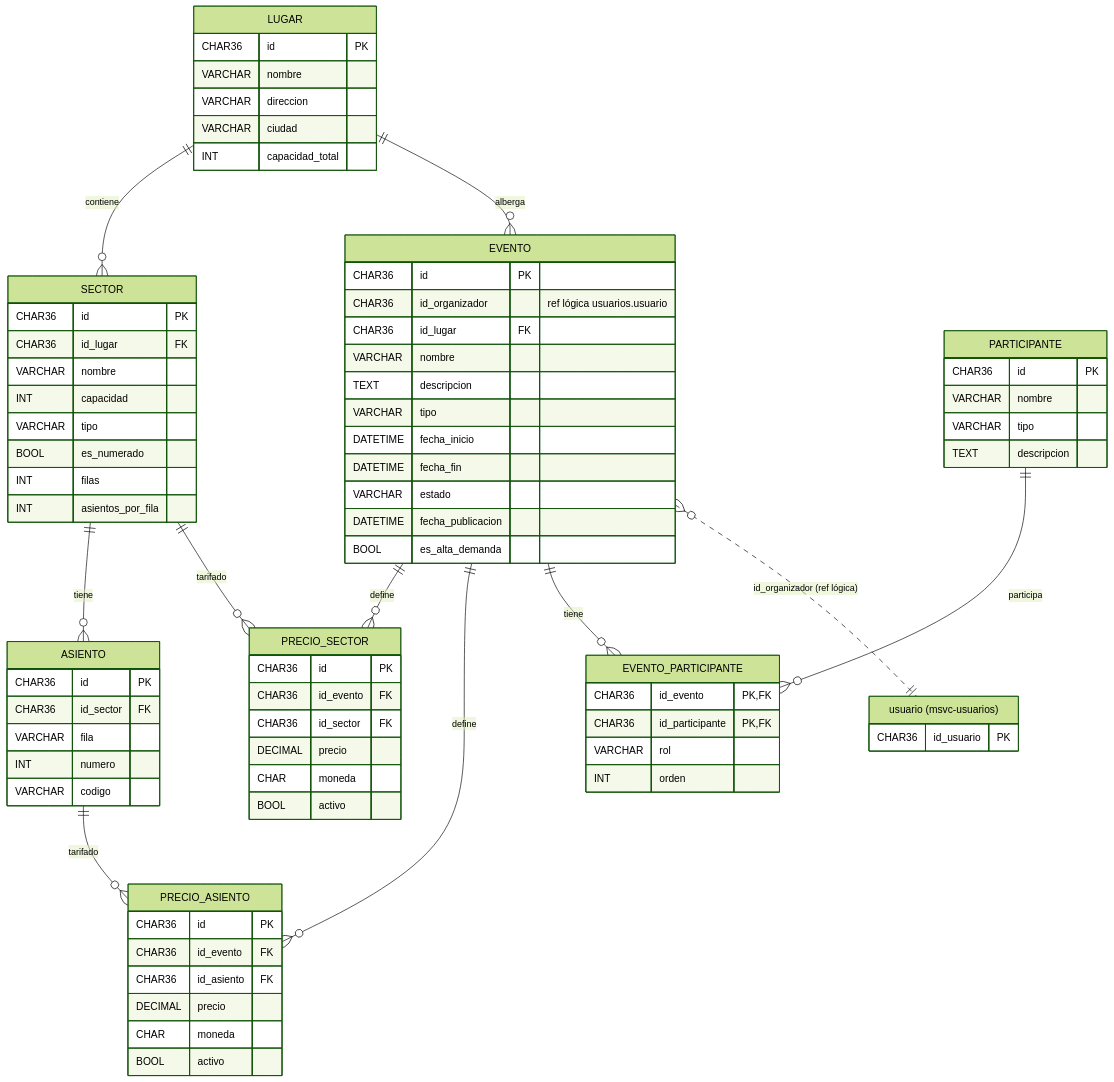
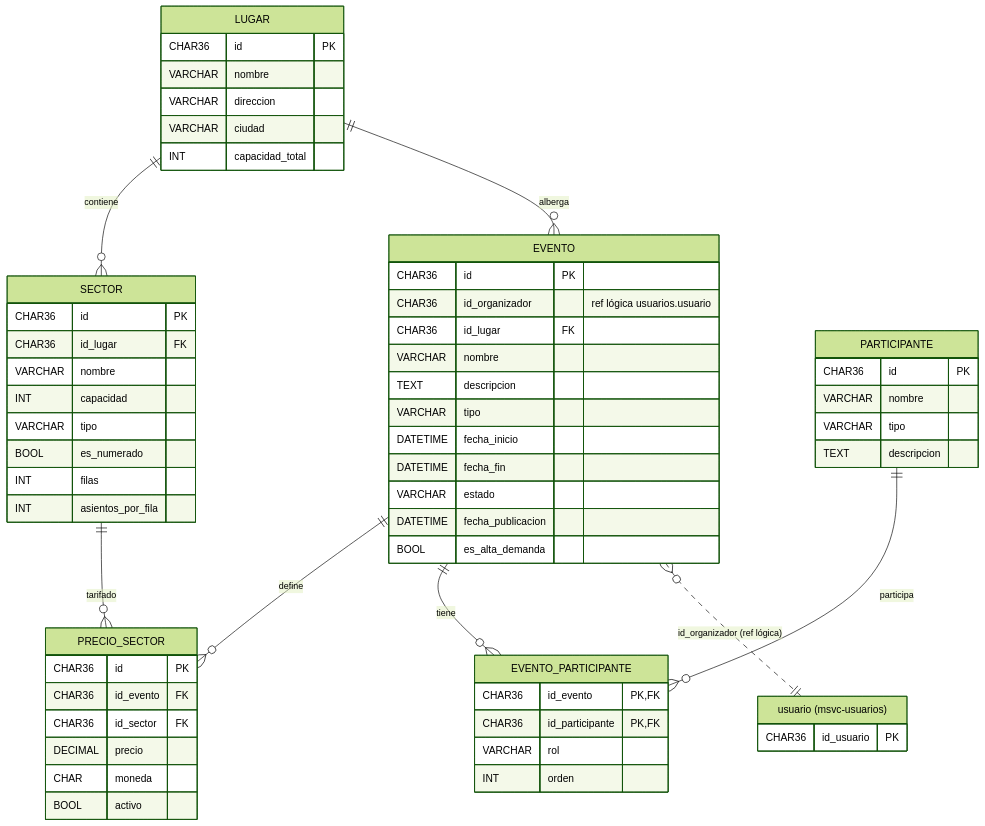
One commit to florAlar/ticketYa changed the second of 5 diagrams in Backend/specs/diagramas/modelo-por-microservicio.md. Above: the diagram before and after it, drawn with Mermaid (forest theme). The commit also changed 7 other files, not shown here.

First line of the commit message:
refactor(eventos): eliminar tablas asiento y precio_asiento (SEAT-07)

````diff
--- a/Backend/specs/diagramas/modelo-por-microservicio.md
+++ b/Backend/specs/diagramas/modelo-por-microservicio.md
@@ -32,82 +32,64 @@
 ```mermaid
 erDiagram
     LUGAR {
         CHAR36 id PK
         VARCHAR nombre
         VARCHAR direccion
         VARCHAR ciudad
         INT capacidad_total
     }
     SECTOR {
         CHAR36 id PK
         CHAR36 id_lugar FK
         VARCHAR nombre
         INT capacidad
         VARCHAR tipo
         BOOL es_numerado
         INT filas
         INT asientos_por_fila
-    }
-    ASIENTO {
-        CHAR36 id PK
-        CHAR36 id_sector FK
-        VARCHAR fila
-        INT numero
-        VARCHAR codigo
     }
     EVENTO {
         CHAR36 id PK
         CHAR36 id_organizador "ref lógica usuarios.usuario"
         CHAR36 id_lugar FK
         VARCHAR nombre
         TEXT descripcion
         VARCHAR tipo
         DATETIME fecha_inicio
         DATETIME fecha_fin
         VARCHAR estado
         DATETIME fecha_publicacion
         BOOL es_alta_demanda
     }
     PRECIO_SECTOR {
         CHAR36 id PK
         CHAR36 id_evento FK
         CHAR36 id_sector FK
         DECIMAL precio
         CHAR moneda
         BOOL activo
     }
-    PRECIO_ASIENTO {
-        CHAR36 id PK
-        CHAR36 id_evento FK
-        CHAR36 id_asiento FK
-        DECIMAL precio
-        CHAR moneda
-        BOOL activo
-    }
     PARTICIPANTE {
         CHAR36 id PK
         VARCHAR nombre
         VARCHAR tipo
         TEXT descripcion
     }
     EVENTO_PARTICIPANTE {
         CHAR36 id_evento PK, FK
         CHAR36 id_participante PK, FK
         VARCHAR rol
         INT orden
     }
     EXT_USUARIO["usuario (msvc-usuarios)"] {
         CHAR36 id_usuario PK
     }
 
     LUGAR ||--o{ SECTOR : contiene
     LUGAR ||--o{ EVENTO : alberga
-    SECTOR ||--o{ ASIENTO : tiene
     EVENTO ||--o{ PRECIO_SECTOR : define
     SECTOR ||--o{ PRECIO_SECTOR : tarifado
-    EVENTO ||--o{ PRECIO_ASIENTO : define
-    ASIENTO ||--o{ PRECIO_ASIENTO : tarifado
     EVENTO ||--o{ EVENTO_PARTICIPANTE : tiene
     PARTICIPANTE ||--o{ EVENTO_PARTICIPANTE : participa
     EVENTO }o..|| EXT_USUARIO : "id_organizador (ref lógica)"
 ```
````
